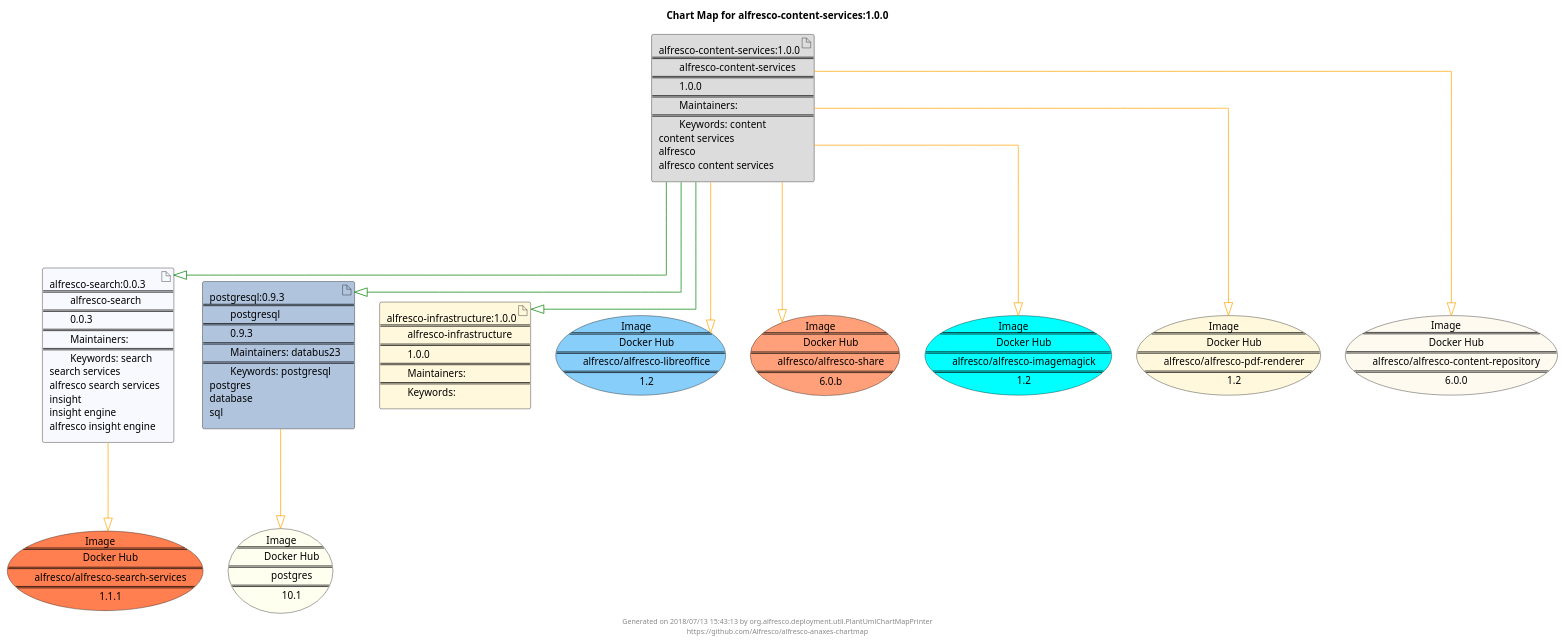
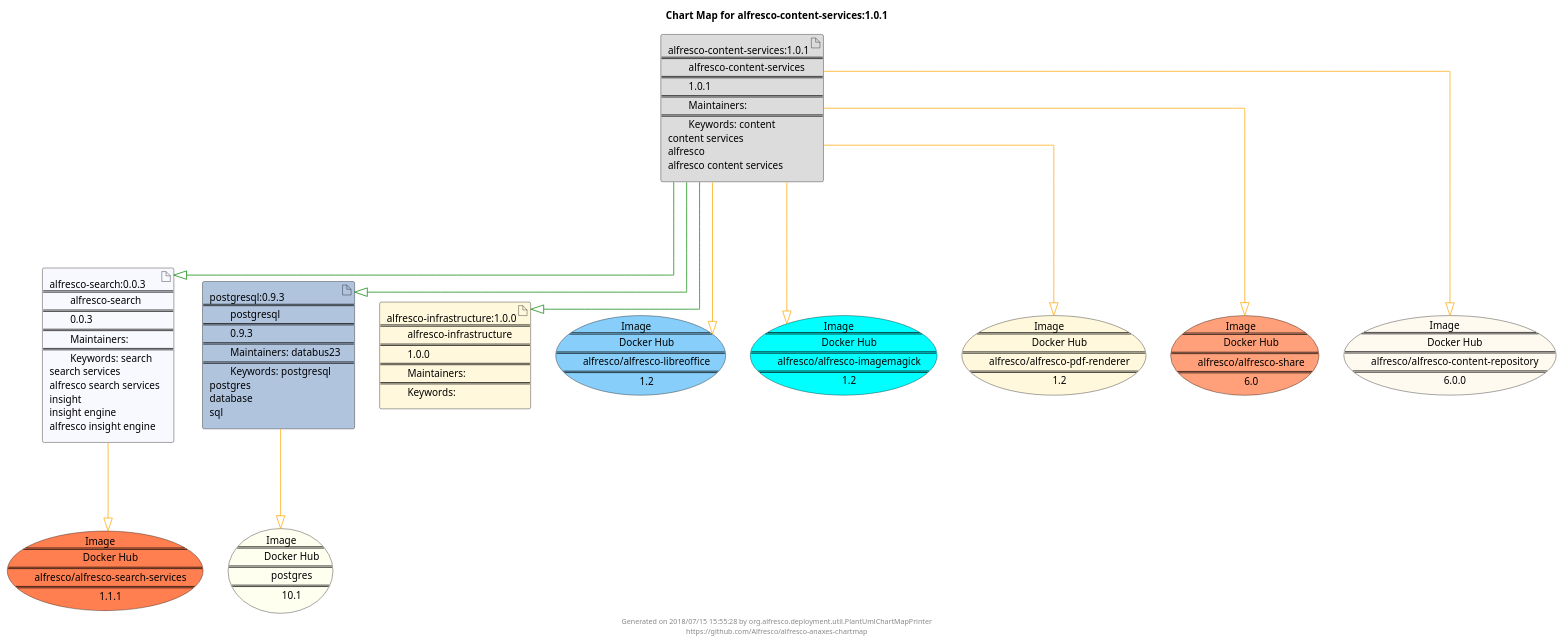
Before and after one commit to AlfrescoLabs/alfresco-anaxes-chartmap: the diagram in resource/example/example-chartmap.puml, drawn with PlantUML. The commit also changed 3 other files, not shown here.

Commit message:
updated examples to use Alfresco Content Services 1.0.1

```diff
--- a/resource/example/example-chartmap.puml
+++ b/resource/example/example-chartmap.puml
@@ -1,33 +1,33 @@
 @startuml
 skinparam linetype ortho
 skinparam backgroundColor white
 skinparam usecaseBorderColor black
 skinparam usecaseArrowColor LightSlateGray
 skinparam artifactBorderColor black
 skinparam artifactArrowColor LightSlateGray
-title Chart Map for alfresco-content-services:1.0.0
+title Chart Map for alfresco-content-services:1.0.1
 'There are 4 referenced Helm Charts
 artifact "alfresco-search:0.0.3\n====\n\talfresco-search\n====\n\t0.0.3\n====\n\tMaintainers: \n====\n\tKeywords: search\nsearch services\nalfresco search services\ninsight\ninsight engine\nalfresco insight engine" as alfresco_search_0_0_3 #GhostWhite
 artifact "postgresql:0.9.3\n====\n\tpostgresql\n====\n\t0.9.3\n====\n\tMaintainers: databus23\n====\n\tKeywords: postgresql\npostgres\ndatabase\nsql" as postgresql_0_9_3 #LightSteelBlue
 artifact "alfresco-infrastructure:1.0.0\n====\n\talfresco-infrastructure\n====\n\t1.0.0\n====\n\tMaintainers: \n====\n\tKeywords: " as alfresco_infrastructure_1_0_0 #Cornsilk
-artifact "alfresco-content-services:1.0.0\n====\n\talfresco-content-services\n====\n\t1.0.0\n====\n\tMaintainers: \n====\n\tKeywords: content\ncontent services\nalfresco\nalfresco content services" as alfresco_content_services_1_0_0 #Gainsboro
+artifact "alfresco-content-services:1.0.1\n====\n\talfresco-content-services\n====\n\t1.0.1\n====\n\tMaintainers: \n====\n\tKeywords: content\ncontent services\nalfresco\nalfresco content services" as alfresco_content_services_1_0_1 #Gainsboro
 'There are 7 referenced Docker Images
 usecase "Image\n====\n\tDocker Hub\n====\n\talfresco/alfresco-libreoffice\n====\n\t1.2" as alfresco_alfresco_libreoffice_1_2 #LightSkyBlue
-usecase "Image\n====\n\tDocker Hub\n====\n\talfresco/alfresco-share\n====\n\t6.0.b" as alfresco_alfresco_share_6_0_b #LightSalmon
 usecase "Image\n====\n\tDocker Hub\n====\n\tpostgres\n====\n\t10.1" as postgres_10_1 #Ivory
 usecase "Image\n====\n\tDocker Hub\n====\n\talfresco/alfresco-imagemagick\n====\n\t1.2" as alfresco_alfresco_imagemagick_1_2 #Aqua
 usecase "Image\n====\n\tDocker Hub\n====\n\talfresco/alfresco-pdf-renderer\n====\n\t1.2" as alfresco_alfresco_pdf_renderer_1_2 #Cornsilk
+usecase "Image\n====\n\tDocker Hub\n====\n\talfresco/alfresco-share\n====\n\t6.0" as alfresco_alfresco_share_6_0 #LightSalmon
 usecase "Image\n====\n\tDocker Hub\n====\n\talfresco/alfresco-search-services\n====\n\t1.1.1" as alfresco_alfresco_search_services_1_1_1 #Coral
 usecase "Image\n====\n\tDocker Hub\n====\n\talfresco/alfresco-content-repository\n====\n\t6.0.0" as alfresco_alfresco_content_repository_6_0_0 #FloralWhite
-alfresco_content_services_1_0_0--[#green]-|>alfresco_infrastructure_1_0_0
-alfresco_content_services_1_0_0--[#green]-|>postgresql_0_9_3
-alfresco_content_services_1_0_0--[#green]-|>alfresco_search_0_0_3
+alfresco_content_services_1_0_1--[#green]-|>alfresco_infrastructure_1_0_0
+alfresco_content_services_1_0_1--[#green]-|>postgresql_0_9_3
+alfresco_content_services_1_0_1--[#green]-|>alfresco_search_0_0_3
 alfresco_search_0_0_3--[#orange]-|>alfresco_alfresco_search_services_1_1_1
 postgresql_0_9_3--[#orange]-|>postgres_10_1
-alfresco_content_services_1_0_0--[#orange]-|>alfresco_alfresco_libreoffice_1_2
-alfresco_content_services_1_0_0--[#orange]-|>alfresco_alfresco_share_6_0_b
-alfresco_content_services_1_0_0--[#orange]-|>alfresco_alfresco_imagemagick_1_2
-alfresco_content_services_1_0_0--[#orange]-|>alfresco_alfresco_pdf_renderer_1_2
-alfresco_content_services_1_0_0--[#orange]-|>alfresco_alfresco_content_repository_6_0_0
-center footer Generated on 2018/07/13 15:43:13 by org.alfresco.deployment.util.PlantUmlChartMapPrinter\nhttps://github.com/Alfresco/alfresco-anaxes-chartmap
+alfresco_content_services_1_0_1--[#orange]-|>alfresco_alfresco_libreoffice_1_2
+alfresco_content_services_1_0_1--[#orange]-|>alfresco_alfresco_imagemagick_1_2
+alfresco_content_services_1_0_1--[#orange]-|>alfresco_alfresco_pdf_renderer_1_2
+alfresco_content_services_1_0_1--[#orange]-|>alfresco_alfresco_share_6_0
+alfresco_content_services_1_0_1--[#orange]-|>alfresco_alfresco_content_repository_6_0_0
+center footer Generated on 2018/07/15 15:55:28 by org.alfresco.deployment.util.PlantUmlChartMapPrinter\nhttps://github.com/Alfresco/alfresco-anaxes-chartmap
 @enduml
```
